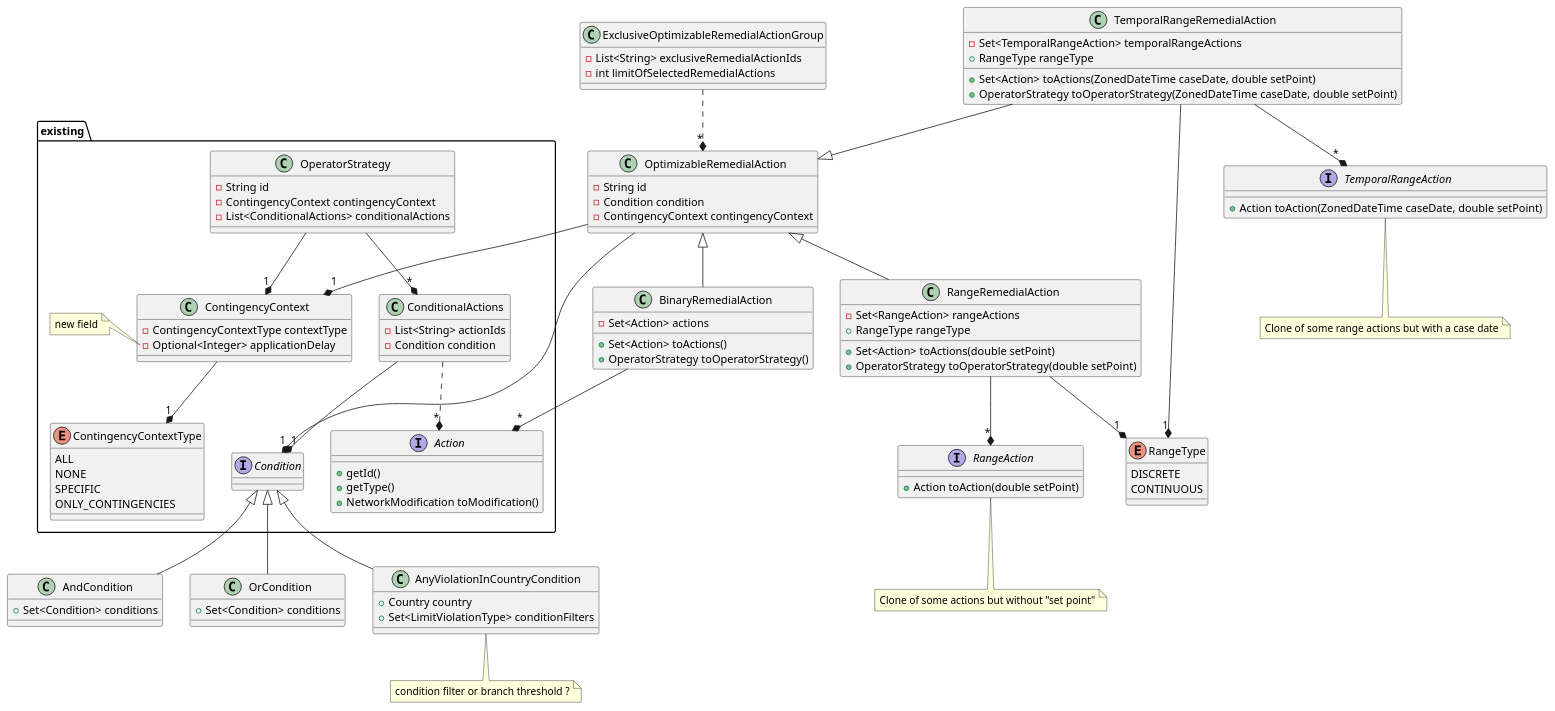
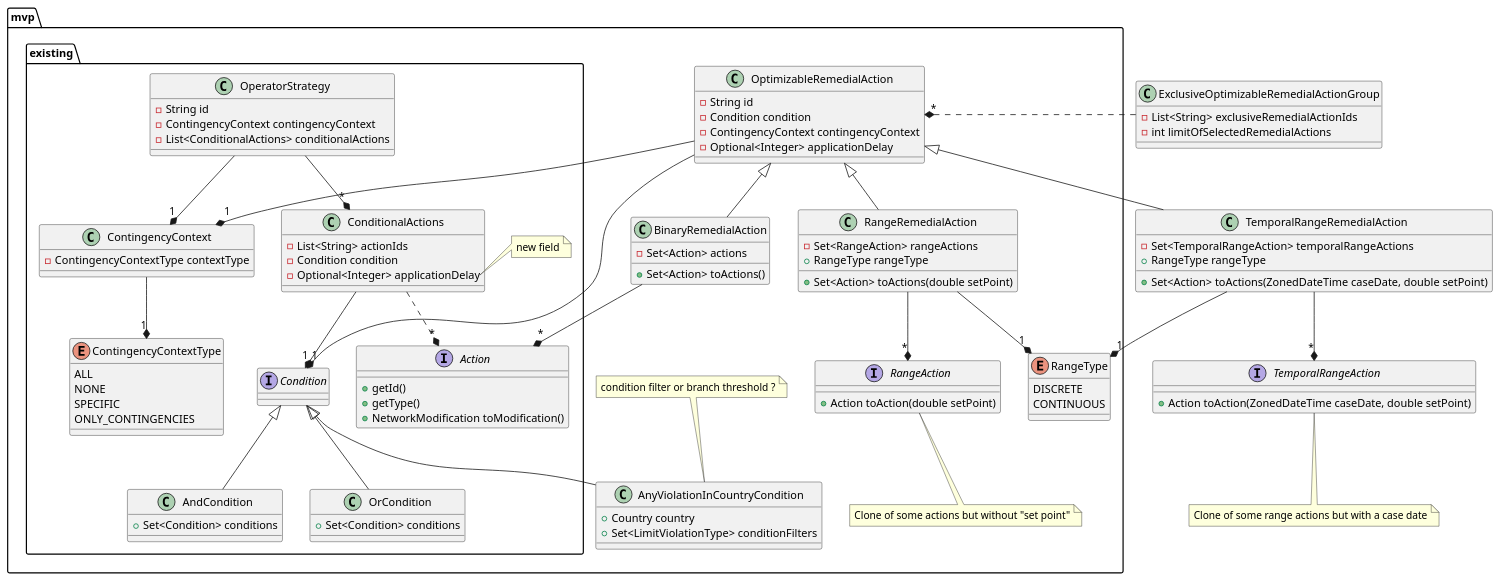
Before and after one commit to powsybl/powsybl-core: the diagram in docs/simulation/security/operatorStrategy_simple_future.puml, drawn with PlantUML.

Commit message:
edit after meeting

```diff
--- a/docs/simulation/security/operatorStrategy_simple_future.puml
+++ b/docs/simulation/security/operatorStrategy_simple_future.puml
@@ -1,132 +1,135 @@
 @startuml
+
+namespace mvp {
 
 namespace existing {
 
 class OperatorStrategy {
   - String id
   - ContingencyContext contingencyContext
   - List<ConditionalActions> conditionalActions
 }
 OperatorStrategy --* "1" ContingencyContext
 OperatorStrategy --* "*" ConditionalActions
 
-interface Condition
-
 class ConditionalActions {
   - List<String> actionIds
   - Condition condition
+  - Optional<Integer> applicationDelay
 }
 ConditionalActions ..* "*" Action
 ConditionalActions --* "1" Condition
+note right of ConditionalActions::applicationDelay
+  new field
+end note
+
+interface Condition
+Condition <|-- AndCondition
+Condition <|-- OrCondition
+
+class AndCondition {
+  + Set<Condition> conditions
+}
+
+class OrCondition {
+  + Set<Condition> conditions
+}
 
 class ContingencyContext {
   - ContingencyContextType contextType
-  - Optional<Integer> applicationDelay
 }
 ContingencyContext --* "1" ContingencyContextType
 
-note left of ContingencyContext::applicationDelay
-  new field
-end note
 
 enum ContingencyContextType {
   ALL
   NONE
   SPECIFIC
   ONLY_CONTINGENCIES
 }
 
 interface Action {
   + getId()
   + getType()
   + NetworkModification toModification()
 }
 
+'end namespace existing
 }
 
-Condition <|-- AndCondition
-Condition <|-- OrCondition
 Condition <|-- AnyViolationInCountryCondition
 
-class AndCondition {
-  + Set<Condition> conditions
-}
-
-class OrCondition {
-  + Set<Condition> conditions
-}
 
 class AnyViolationInCountryCondition {
  + Country country
  + Set<LimitViolationType> conditionFilters
 }
-note bottom: condition filter or branch threshold ?
+note top: condition filter or branch threshold ?
 
 class OptimizableRemedialAction {
   - String id
   - Condition condition
   - ContingencyContext contingencyContext
+  - Optional<Integer> applicationDelay
 }
-OptimizableRemedialAction --* "1" Condition
+OptimizableRemedialAction -l-* "1" Condition
 OptimizableRemedialAction --* "1" ContingencyContext
 OptimizableRemedialAction <|-- BinaryRemedialAction
 OptimizableRemedialAction <|-- RangeRemedialAction
 
 class BinaryRemedialAction {
   - Set<Action> actions
   + Set<Action> toActions()
-  + OperatorStrategy toOperatorStrategy()
 }
 BinaryRemedialAction --* "*" Action
 
 class RangeRemedialAction {
   - Set<RangeAction> rangeActions
   + RangeType rangeType
   + Set<Action> toActions(double setPoint)
-  + OperatorStrategy toOperatorStrategy(double setPoint)
 }
 RangeRemedialAction --* "*" RangeAction
 RangeRemedialAction --* "1" RangeType
 
 enum RangeType {
   DISCRETE
   CONTINUOUS
 }
 
 interface RangeAction {
   + Action toAction(double setPoint)
 }
 note bottom: Clone of some actions but without "set point"
 
+'end namespace mvp
+}
+
 class ExclusiveOptimizableRemedialActionGroup {
   - List<String> exclusiveRemedialActionIds
   - int limitOfSelectedRemedialActions
 }
-ExclusiveOptimizableRemedialActionGroup ..* "*" OptimizableRemedialAction
+ExclusiveOptimizableRemedialActionGroup .r.* "*" OptimizableRemedialAction
 
 'class TemporalRangeRemedialActionV1 {
 '  - Map<ZonedDateTime, RangeRemedialAction> rangeRemedialActionsPerCaseDate
 '  + Set<Action> toActions(ZonedDateTime caseDate, double setPoint)
-'  + OperatorStrategy toOperatorStrategy(ZonedDateTime caseDate, double setPoint)
 '  + Map<ZonedDateTime, Set<Action>> toActions(Map<ZonedDateTime, Double> setPoints)
-'  + Map<ZonedDateTime, OperatorStrategy> toOperatorStrategy(Map<ZonedDateTime, Double> setPoint)
 '}
 'TemporalRangeRemedialActionV1 --* "*" RangeRemedialAction
 'note top: I don't know where to put the condition and contingencyContext in this object.\nIs it ok to have a condition and contingencyContext per TS ?
 
 class TemporalRangeRemedialAction {
   - Set<TemporalRangeAction> temporalRangeActions
   + RangeType rangeType
   + Set<Action> toActions(ZonedDateTime caseDate, double setPoint)
-  + OperatorStrategy toOperatorStrategy(ZonedDateTime caseDate, double setPoint)
 }
 TemporalRangeRemedialAction --* "*" TemporalRangeAction
 TemporalRangeRemedialAction --* "1" RangeType
-TemporalRangeRemedialAction --|> OptimizableRemedialAction
+TemporalRangeRemedialAction -u-|> OptimizableRemedialAction
 
 interface TemporalRangeAction {
     + Action toAction(ZonedDateTime caseDate, double setPoint)
 }
 note bottom: Clone of some range actions but with a case date
 
 @enduml
```
